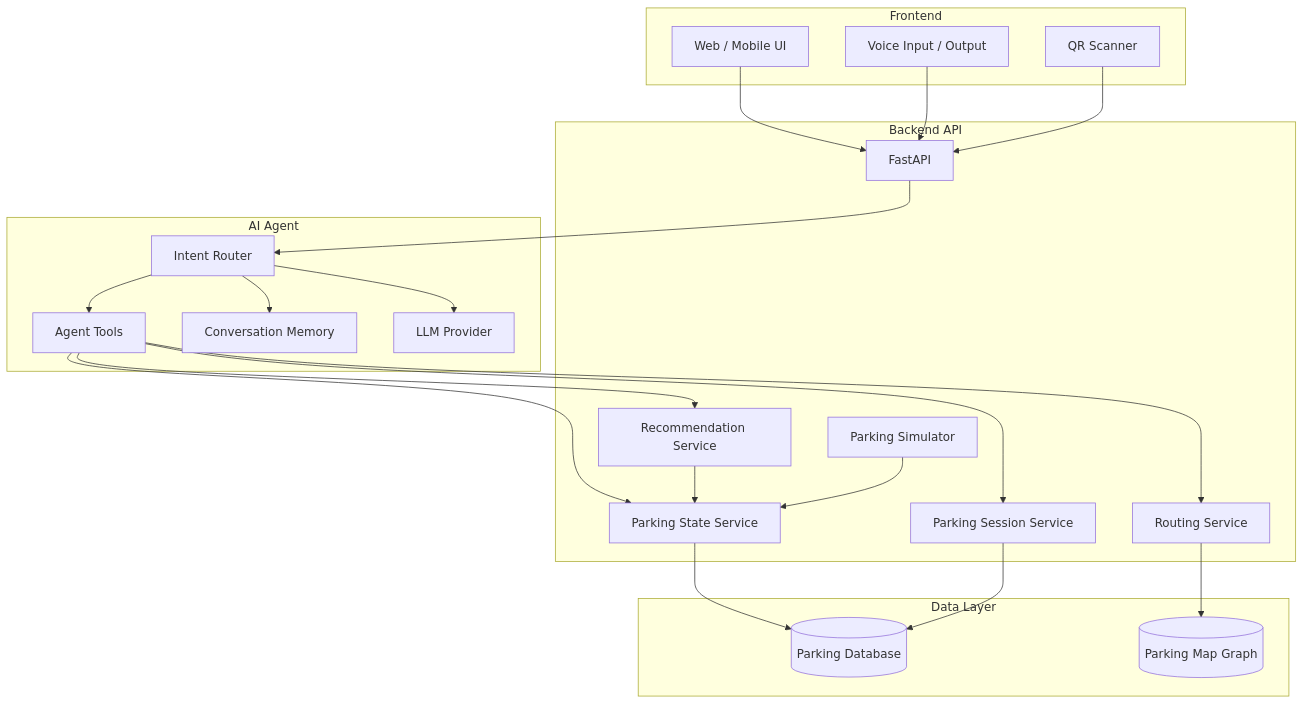
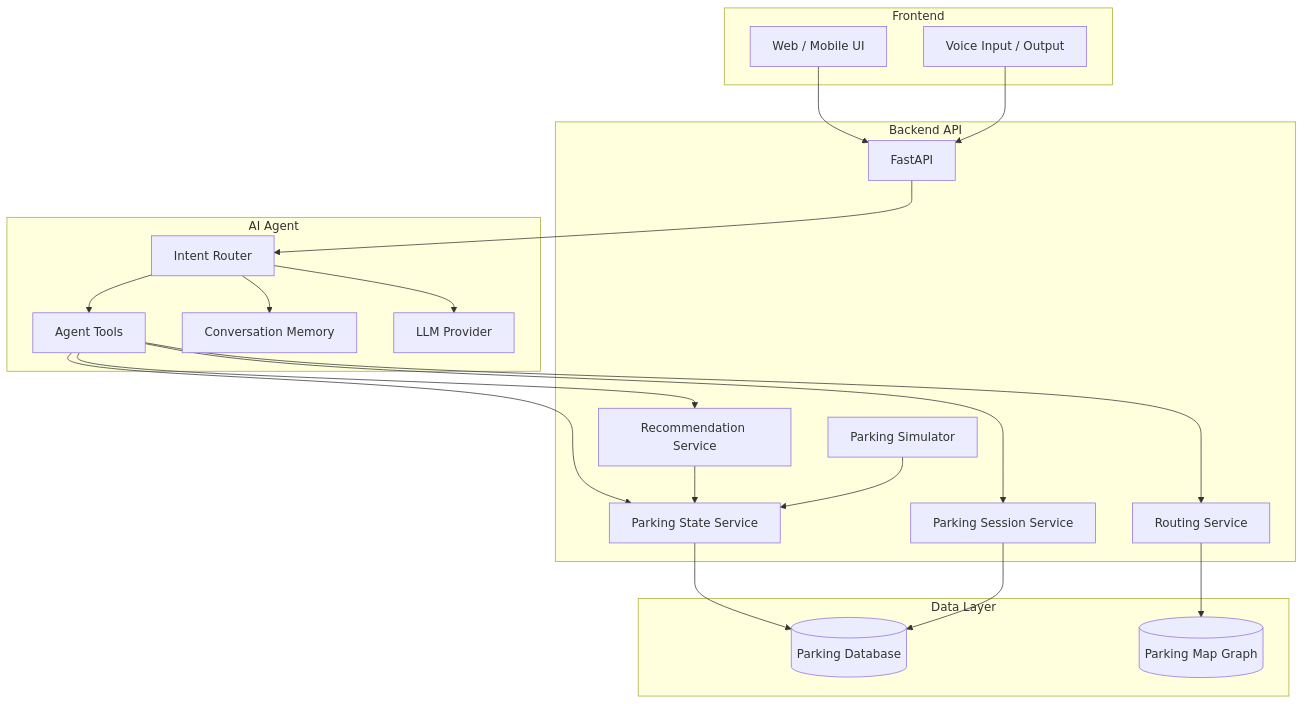
Before and after one commit to Ngducanh05/T-152: the first of 4 diagrams in docs/architecture.md, drawn with Mermaid. The commit also changed other lines of this file and 16 other files, not shown here.

````diff
--- a/docs/architecture.md
+++ b/docs/architecture.md
@@ -24,50 +24,48 @@
 ```mermaid
 graph TB
     subgraph Client["Frontend"]
         UI[Web / Mobile UI]
         Voice[Voice Input / Output]
-        QR[QR Scanner]
     end
 
     subgraph Backend["Backend API"]
         API[FastAPI]
         State[Parking State Service]
         Recommend[Recommendation Service]
         Routing[Routing Service]
         Session[Parking Session Service]
         Simulator[Parking Simulator]
     end
 
     subgraph Agent["AI Agent"]
         Router[Intent Router]
         Tools[Agent Tools]
         Memory[Conversation Memory]
         LLM[LLM Provider]
     end
 
     subgraph Data["Data Layer"]
         DB[(Parking Database)]
         Map[(Parking Map Graph)]
     end
 
     UI --> API
     Voice --> API
-    QR --> API
 
     API --> Router
     Router --> Tools
     Router --> Memory
     Router --> LLM
 
     Tools --> State
     Tools --> Recommend
     Tools --> Routing
     Tools --> Session
 
     Recommend --> State
     Routing --> Map
     State --> DB
     Session --> DB
 
     Simulator --> State
 ```
````
